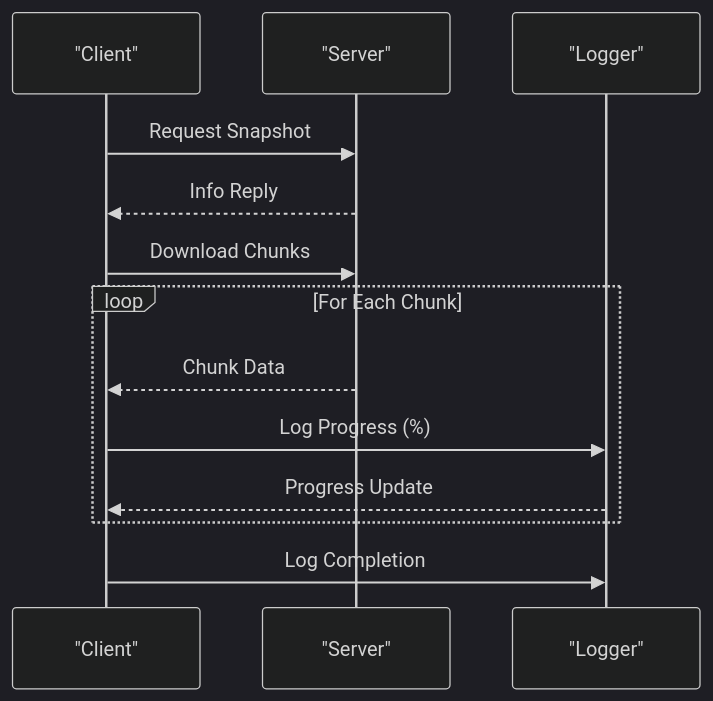
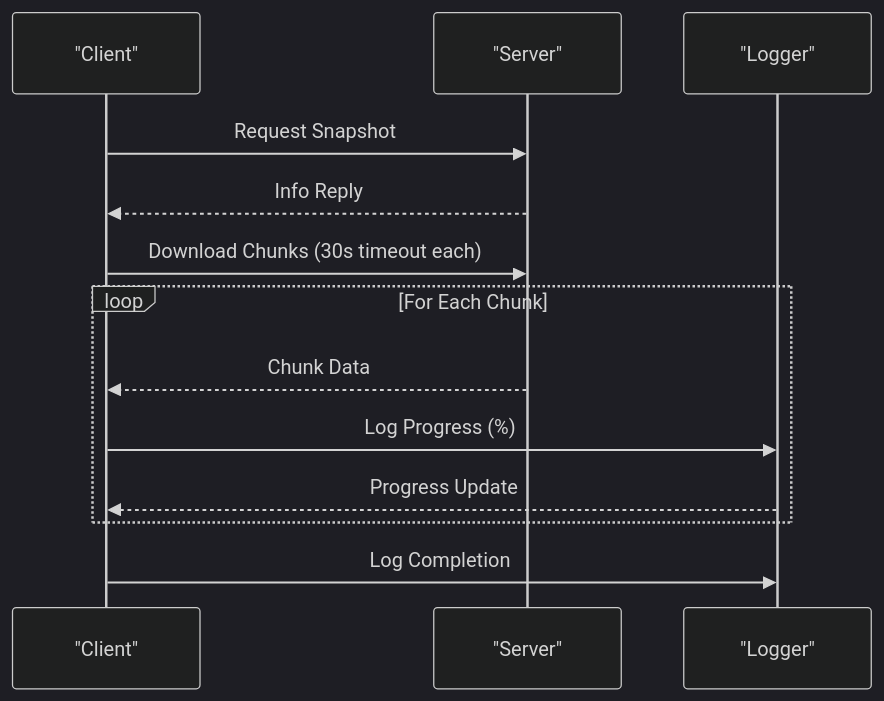
Before and after one commit to VIZ-Blockchain/viz-cpp-node: diagram 17 of 26 in .qoder/repowiki/en/content/Plugin System/Snapshot Plugin System.md, drawn with Mermaid (dark theme). The commit also changed other lines of this file and 4 other files, not shown here.

````diff
--- a/.qoder/repowiki/en/content/Plugin System/Snapshot Plugin System.md
+++ b/.qoder/repowiki/en/content/Plugin System/Snapshot Plugin System.md
@@ -667,15 +693,15 @@
 ```mermaid
 sequenceDiagram
 participant Client as "Client"
 participant Server as "Server"
 participant Logger as "Logger"
 Client->>Server : Request Snapshot
 Server-->>Client : Info Reply
-Client->>Server : Download Chunks
+Client->>Server : Download Chunks (30s timeout each)
 loop For Each Chunk
 Server-->>Client : Chunk Data
 Client->>Logger : Log Progress (%)
 Logger-->>Client : Progress Update
 end
 Client->>Logger : Log Completion
 ```
````
